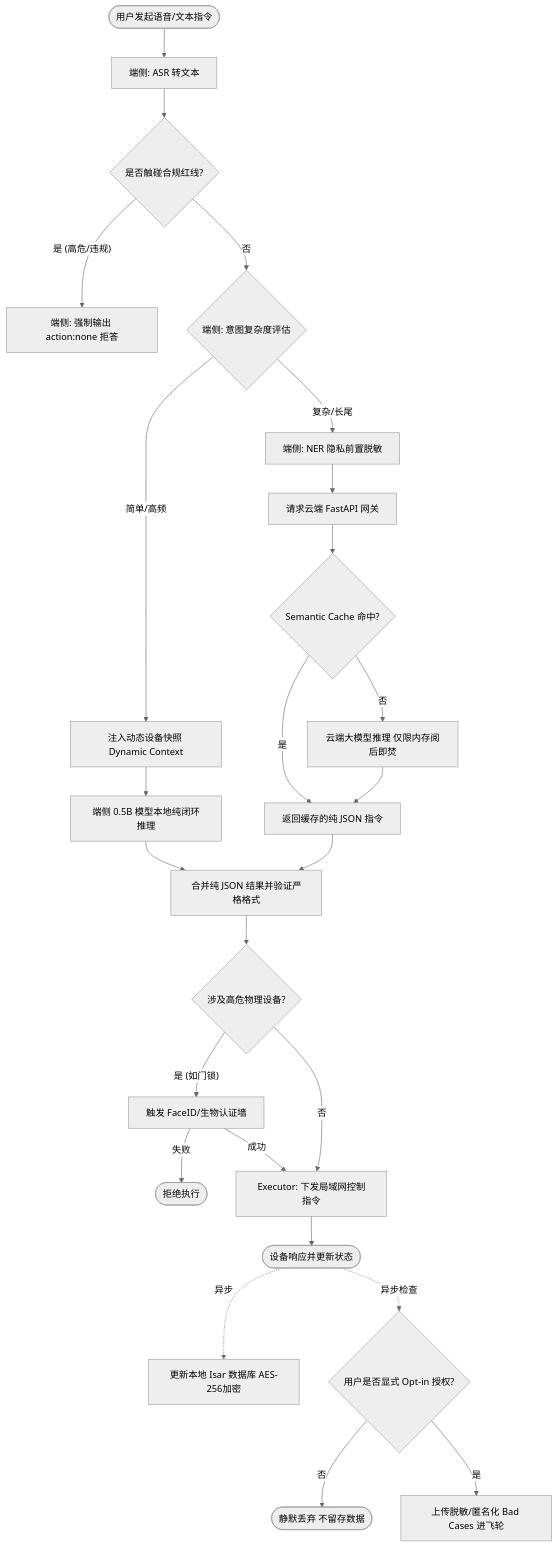
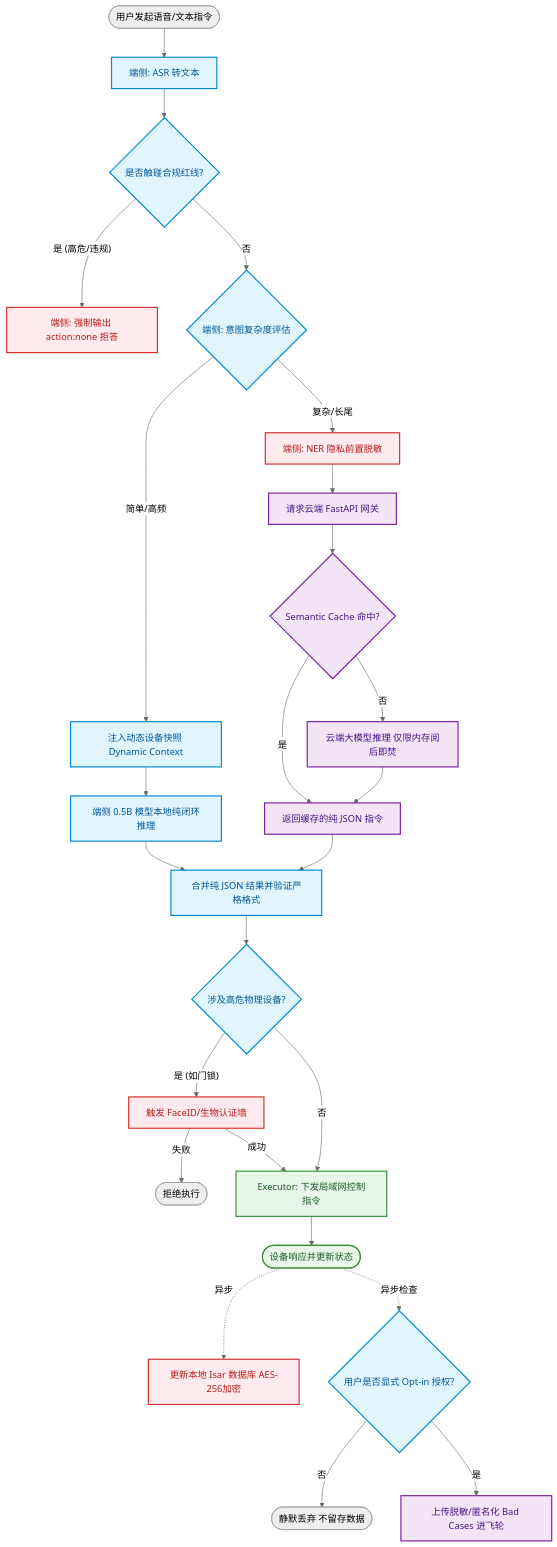
Before and after one commit to aidencck/smart_home_app_on_device_ai: the first of 4 diagrams in README.md, drawn with Mermaid (neutral theme). The commit also changed other lines of this file, not shown here.

Commit message:
docs: refresh badges and enhance mermaid diagrams with professional styling

````diff
--- a/README.md
+++ b/README.md
@@ -164,34 +167,50 @@
 ```mermaid
 graph TD
+    classDef edge fill:#e1f5fe,stroke:#0288d1,stroke-width:2px,color:#01579b;
+    classDef cloud fill:#f3e5f5,stroke:#7b1fa2,stroke-width:2px,color:#4a148c;
+    classDef warning fill:#ffebee,stroke:#d32f2f,stroke-width:2px,color:#b71c1c;
+    classDef hardware fill:#e8f5e9,stroke:#388e3c,stroke-width:2px,color:#1b5e20;
+
     Start([用户发起语音/文本指令]) --> A[端侧: ASR 转文本]
-    A --> B{是否触碰合规红线?}
-    B -->|"是 (高危/违规)"| C[端侧: 强制输出 action:none 拒答]
+    A:::edge --> B{是否触碰合规红线?}
+    B:::edge -->|"是 (高危/违规)"| C[端侧: 强制输出 action:none 拒答]
+    C:::warning
     B -->|否| D{端侧: 意图复杂度评估}
+    D:::edge
     
     D -->|"简单/高频"| E1[注入动态设备快照 Dynamic Context]
-    E1 --> E[端侧 0.5B 模型本地纯闭环推理]
+    E1:::edge --> E[端侧 0.5B 模型本地纯闭环推理]
+    E:::edge
     D -->|"复杂/长尾"| F[端侧: NER 隐私前置脱敏]
+    F:::warning
     
     F --> G[请求云端 FastAPI 网关]
-    G --> H{Semantic Cache 命中?}
+    G:::cloud --> H{Semantic Cache 命中?}
+    H:::cloud
     
     H -->|是| I[返回缓存的纯 JSON 指令]
+    I:::cloud
     H -->|否| J[云端大模型推理 仅限内存阅后即焚]
-    J --> I
+    J:::cloud --> I
     
     E --> K[合并纯 JSON 结果并验证严格格式]
     I --> K
+    K:::edge
     
     K --> L{涉及高危物理设备?}
-    L -->|"是 (如门锁)"| M[触发 FaceID/生物认证墙]
-    M -->|失败| End_Fail([拒绝执行])
+    L:::edge -->|"是 (如门锁)"| M[触发 FaceID/生物认证墙]
+    M:::warning -->|失败| End_Fail([拒绝执行])
     M -->|成功| N[Executor: 下发局域网控制指令]
     L -->|否| N
+    N:::hardware
     
     N --> O([设备响应并更新状态])
+    O:::hardware
     
     O -.->|异步| P[更新本地 Isar 数据库 AES-256加密]
+    P:::warning
     O -.->|"异步检查"| Q{用户是否显式 Opt-in 授权?}
-    Q -->|否| End_Ignore([静默丢弃 不留存数据])
+    Q:::edge -->|否| End_Ignore([静默丢弃 不留存数据])
     Q -->|是| R[上传脱敏/匿名化 Bad Cases 进飞轮]
+    R:::cloud
 ```
````
